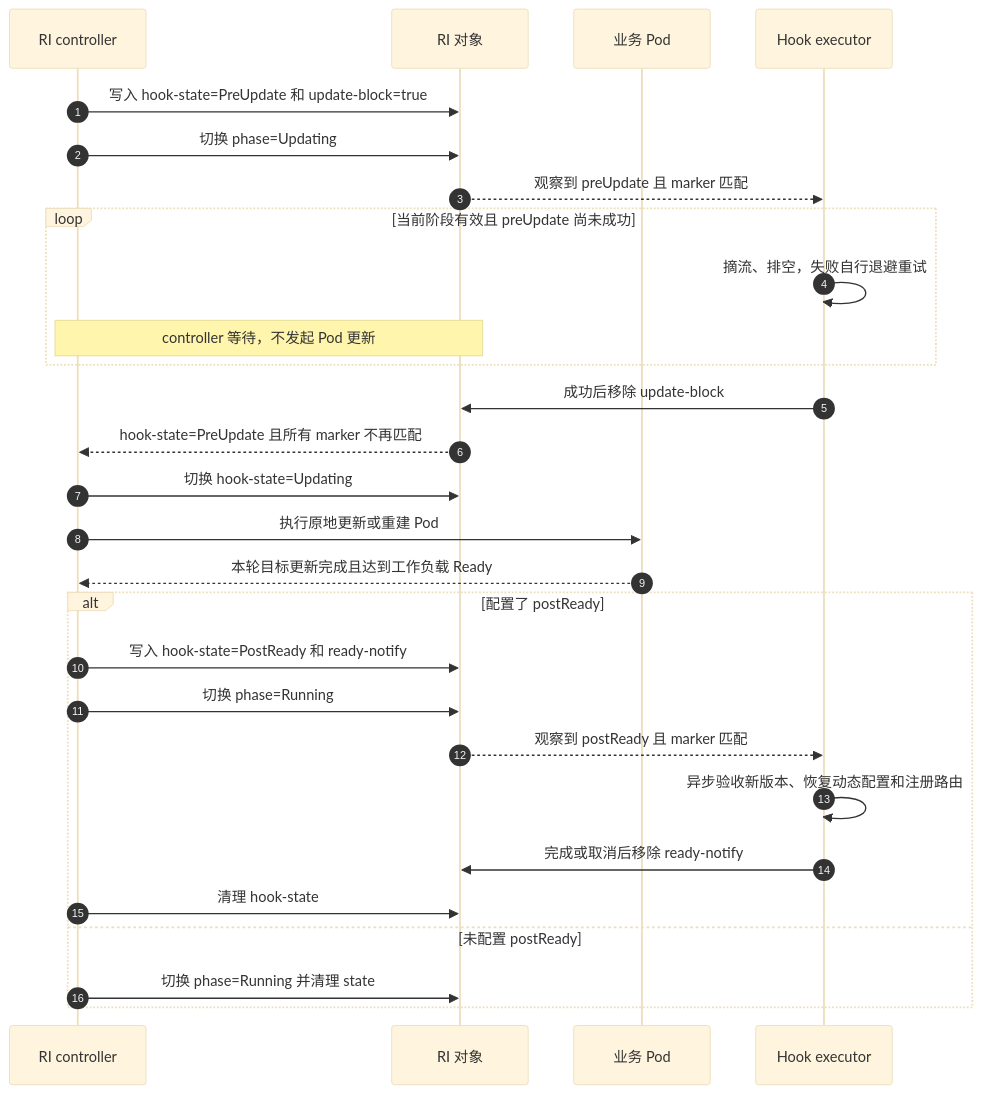
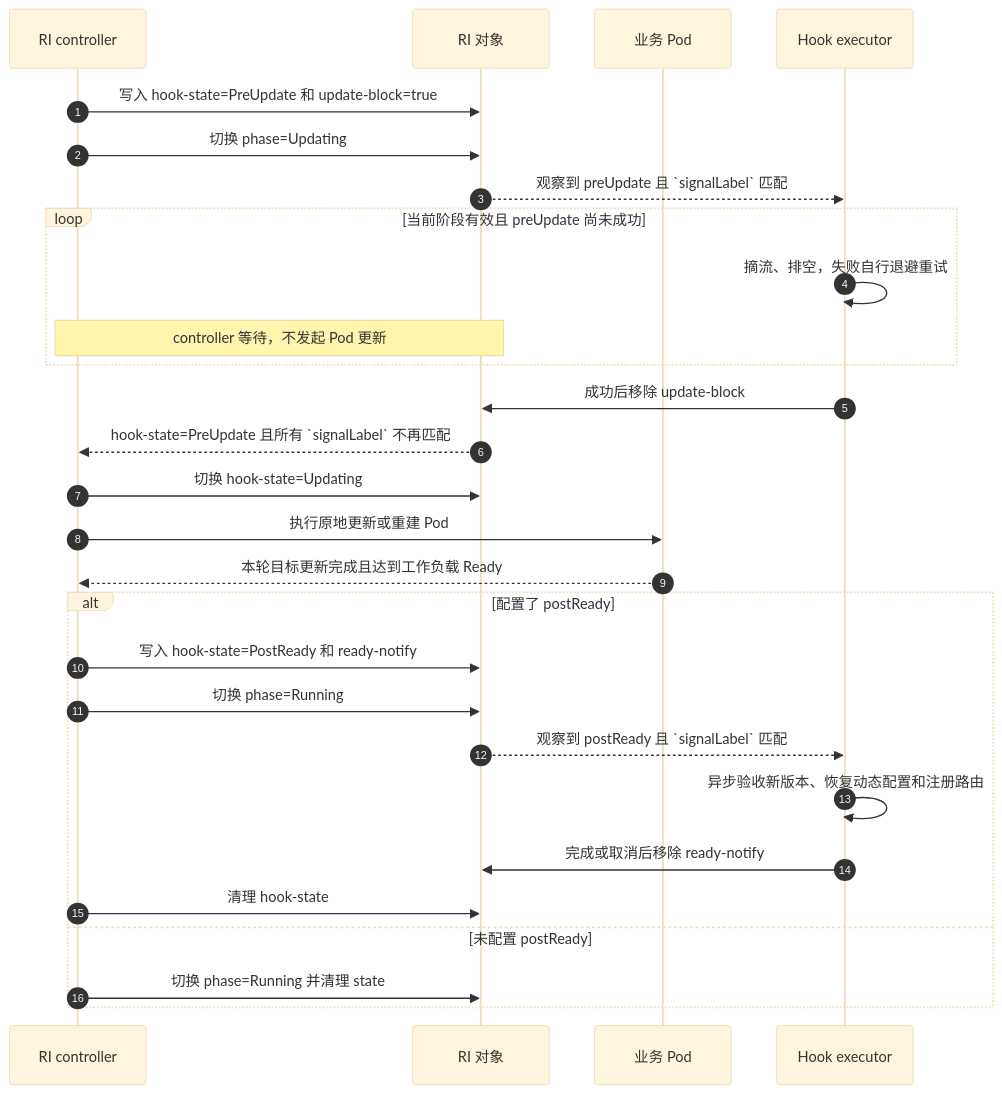
Before and after one commit to sgl-project/rbg: the first of 4 diagrams in keps/527-roleinstance-lifecycle/README.zh-CN.md, drawn with Mermaid (base theme). The commit also changed other lines of this file and 1 other file, not shown here.

Commit message:
docs: rename marker to signalLabel in KEP-527

````diff
--- a/keps/527-roleinstance-lifecycle/README.zh-CN.md
+++ b/keps/527-roleinstance-lifecycle/README.zh-CN.md
@@ -425,30 +428,30 @@
 ```mermaid
 sequenceDiagram
     autonumber
     participant C as RI controller
     participant R as RI 对象
     participant P as 业务 Pod
     participant E as Hook executor
     C->>R: 写入 hook-state=PreUpdate 和 update-block=true
     C->>R: 切换 phase=Updating
-    R-->>E: 观察到 preUpdate 且 marker 匹配
+    R-->>E: 观察到 preUpdate 且 `signalLabel` 匹配
     loop 当前阶段有效且 preUpdate 尚未成功
         E->>E: 摘流、排空，失败自行退避重试
         Note over C,R: controller 等待，不发起 Pod 更新
     end
     E->>R: 成功后移除 update-block
-    R-->>C: hook-state=PreUpdate 且所有 marker 不再匹配
+    R-->>C: hook-state=PreUpdate 且所有 `signalLabel` 不再匹配
     C->>R: 切换 hook-state=Updating
     C->>P: 执行原地更新或重建 Pod
     P-->>C: 本轮目标更新完成且达到工作负载 Ready
     alt 配置了 postReady
         C->>R: 写入 hook-state=PostReady 和 ready-notify
         C->>R: 切换 phase=Running
-        R-->>E: 观察到 postReady 且 marker 匹配
+        R-->>E: 观察到 postReady 且 `signalLabel` 匹配
         E->>E: 异步验收新版本、恢复动态配置和注册路由
         E->>R: 完成或取消后移除 ready-notify
         C->>R: 清理 hook-state
     else 未配置 postReady
         C->>R: 切换 phase=Running 并清理 state
     end
 ```
````
